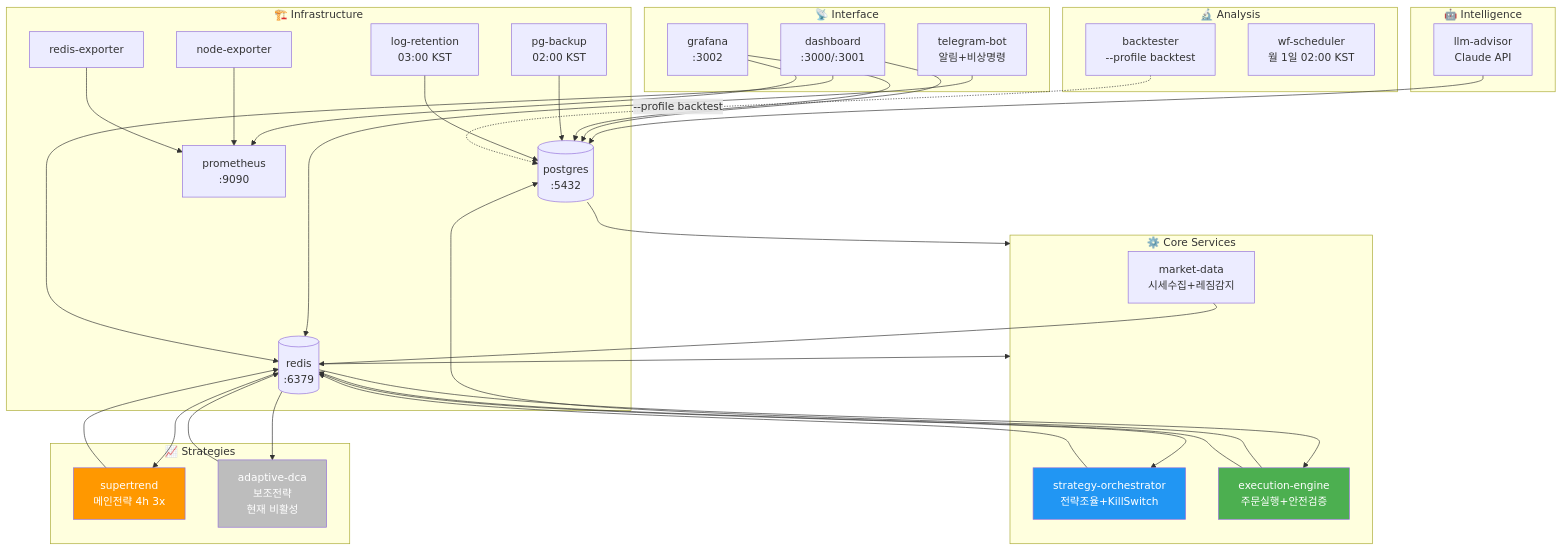
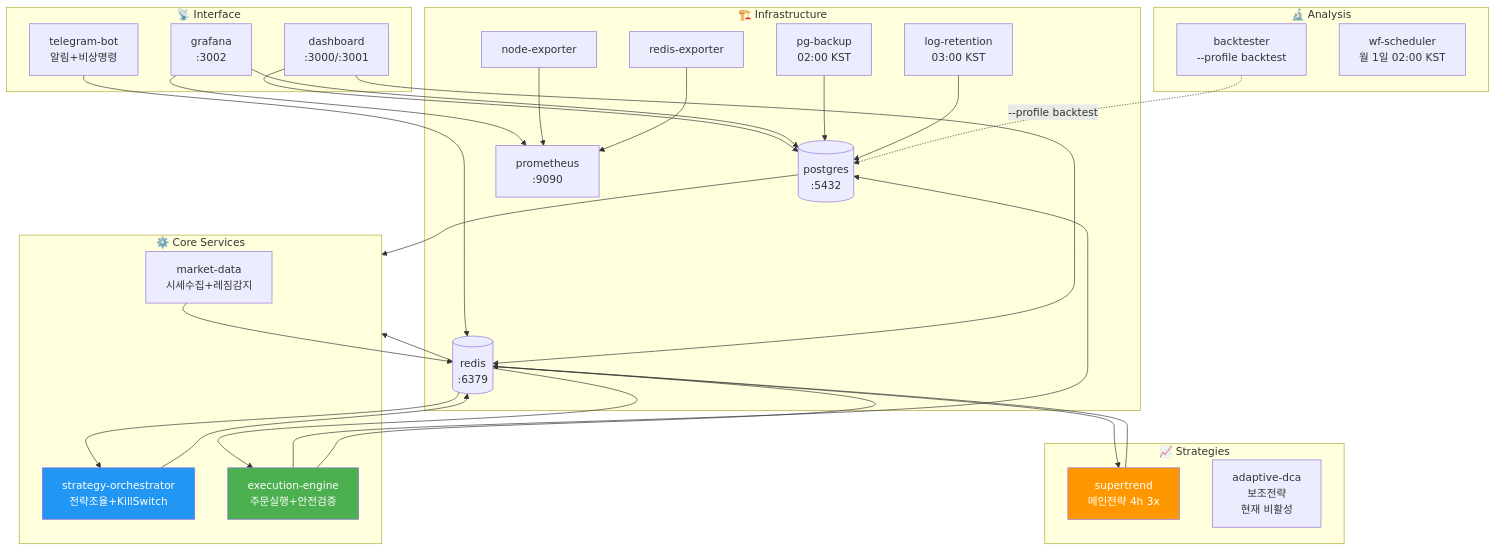
The first of 3 diagrams in docs/structure/services.md (Justant-source/Bit-Mania), drawn with Mermaid before and after one commit. The commit also changed other lines of this file and 8 other files, not shown here.

````diff
--- a/docs/structure/services.md
+++ b/docs/structure/services.md
@@ -16,60 +20,54 @@
 ```mermaid
 graph TD
     subgraph infra["🏗️ Infrastructure"]
         PG[(postgres\n:5432)]
         RD[(redis\n:6379)]
         PROM[prometheus\n:9090]
         NE[node-exporter]
         RE[redis-exporter]
         PGB[pg-backup\n02:00 KST]
         LR[log-retention\n03:00 KST]
     end
 
     subgraph core["⚙️ Core Services"]
         MD[market-data\n시세수집+레짐감지]
         ORC[strategy-orchestrator\n전략조율+KillSwitch]
         ENG[execution-engine\n주문실행+안전검증]
     end
 
     subgraph strat["📈 Strategies"]
         ST[supertrend\n메인전략 4h 3x]
         DCA[adaptive-dca\n보조전략\n현재 비활성]
     end
 
-    subgraph intel["🤖 Intelligence"]
-        LLM[llm-advisor\nClaude API]
-    end
 
     subgraph iface["📡 Interface"]
         TG[telegram-bot\n알림+비상명령]
         DASH[dashboard\n:3000/:3001]
         GF[grafana\n:3002]
     end
 
     subgraph analysis["🔬 Analysis"]
         BT[backtester\n--profile backtest]
         WF[wf-scheduler\n월 1일 02:00 KST]
     end
 
     PG & RD --> core
     MD --> RD
-    RD --> ORC & ST & DCA
+    RD --> ORC & ST
     ORC --> RD
     ST --> RD
-    DCA --> RD
     RD --> ENG
     ENG --> PG & RD
-    LLM --> PG
     TG --> RD
     DASH --> PG & RD
     GF --> PG & PROM
     NE & RE --> PROM
     PGB --> PG
     LR --> PG
     BT -.->|"--profile backtest"| PG
 
     style ST fill:#ff9800,color:#fff
-    style DCA fill:#bdbdbd,color:#fff
     style ENG fill:#4caf50,color:#fff
     style ORC fill:#2196f3,color:#fff
 ```
````
